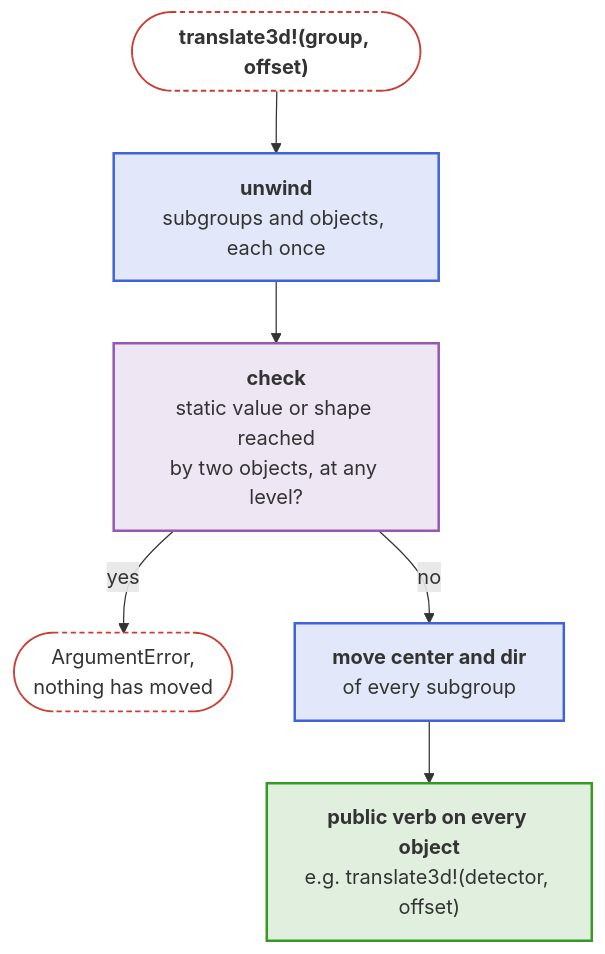
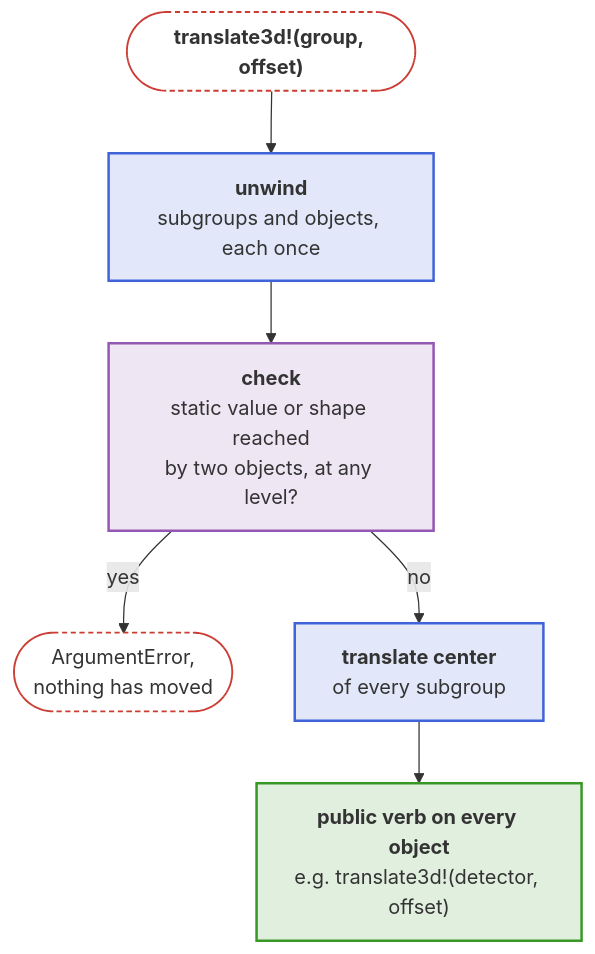
One commit to JuliaPhysics/BeamletOptics.jl changed the second of 2 diagrams in docs/src/api/kinematics_api.md. Above: the diagram before and after it, drawn with Mermaid. The commit also changed other lines of this file and 63 other files, not shown here.

First line of the commit message:
Docs: align docs and docstrings with the code, drop color legends of the diagrams

````diff
--- a/docs/src/api/kinematics_api.md
+++ b/docs/src/api/kinematics_api.md
@@ -72,23 +72,23 @@
 ```mermaid
 flowchart TB
     CMD(["<b>translate3d!(group, offset)</b>"])
     UW["<b>unwind</b><br/>subgroups and objects, each once"]
     CK["<b>check</b><br/>static value or shape reached<br/>by two objects, at any level?"]
     ERR(["ArgumentError,<br/>nothing has moved"])
-    FR["<b>move center and dir</b><br/>of every subgroup"]
+    FR["<b>translate center</b><br/>of every subgroup"]
     OB["<b>public verb on every object</b><br/>e.g. translate3d!(detector, offset)"]
 
     CMD --> UW --> CK
     CK -- yes --> ERR
     CK -- no --> FR
     FR --> OB
 
     classDef blue fill:#4063D826,stroke:#4063D8,stroke-width:2px
     classDef green fill:#38982626,stroke:#389826,stroke-width:2px
     classDef purple fill:#9558B226,stroke:#9558B2,stroke-width:2px
     classDef terminal fill:transparent,stroke:#CB3C33,stroke-width:1.5px,stroke-dasharray:4 3
     class UW,FR blue
     class CK purple
     class OB green
     class CMD,ERR terminal
 ```
````
